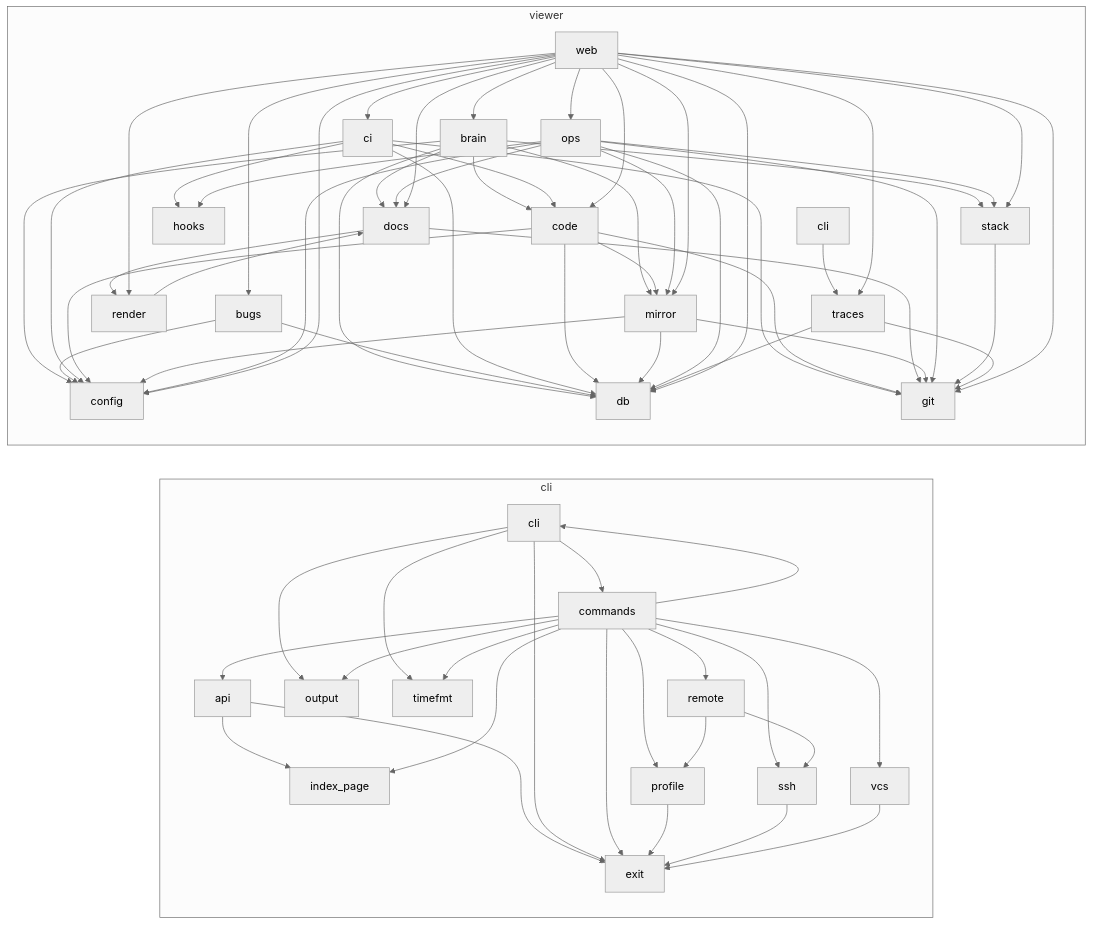
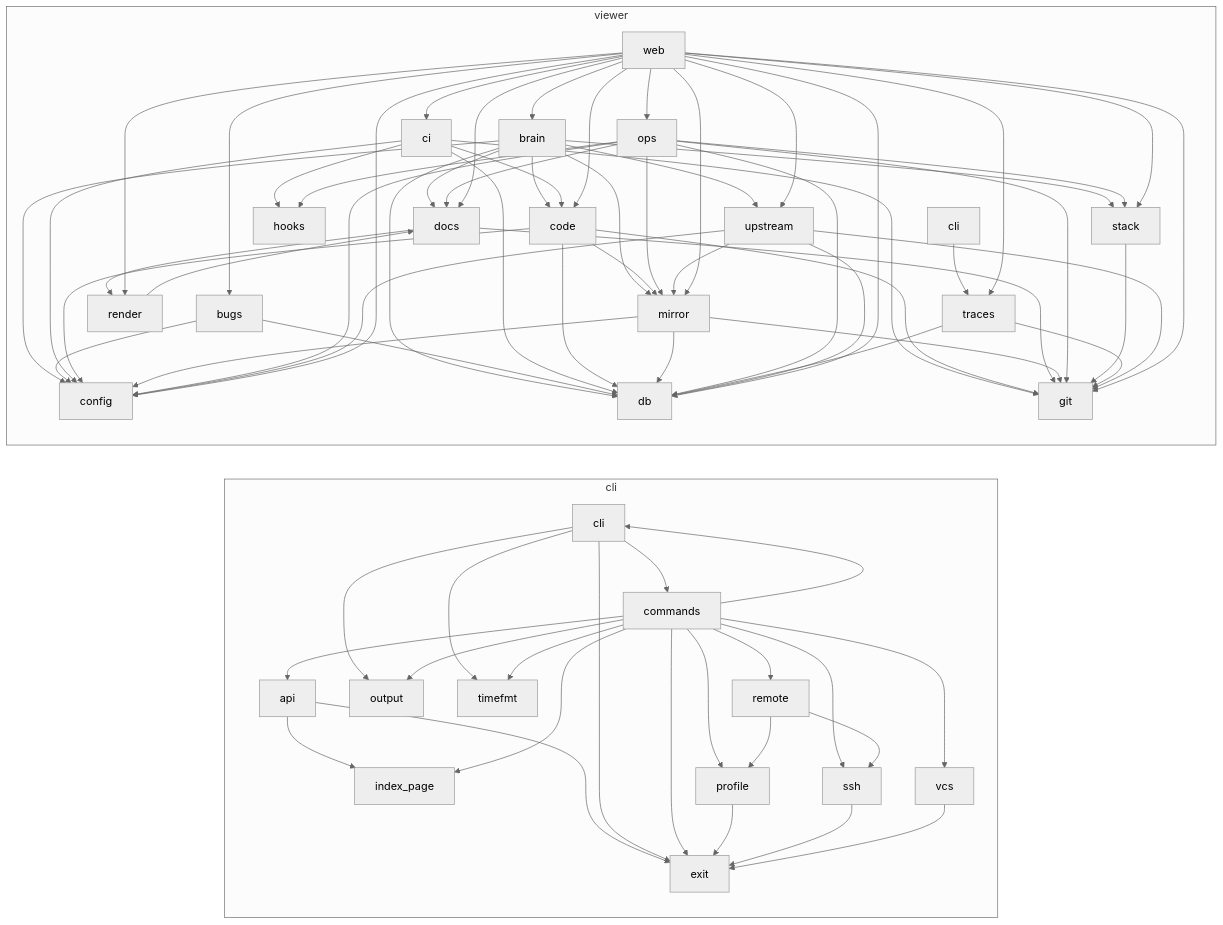
One commit to matthiasdebernardini/nashcode changed the second of 2 diagrams in ARCHITECTURE.md. Above: the diagram before and after it, drawn with Mermaid (neutral theme). The commit also changed 4 other files, not shown here.

First line of the commit message:
upstream: .nashcode/stack.toml, and one mirror per clone URL

````diff
--- a/ARCHITECTURE.md
+++ b/ARCHITECTURE.md
@@ -89,6 +89,7 @@
     viewer_render[render]
     viewer_stack[stack]
     viewer_traces[traces]
+    viewer_upstream[upstream]
     viewer_web[web]
   end
   viewer_brain --> viewer_code
@@ -97,6 +98,7 @@
   viewer_brain --> viewer_docs
   viewer_brain --> viewer_mirror
   viewer_brain --> viewer_stack
+  viewer_brain --> viewer_upstream
   viewer_bugs --> viewer_config
   viewer_bugs --> viewer_db
   viewer_ci --> viewer_code
@@ -125,6 +127,10 @@
   viewer_stack --> viewer_git
   viewer_traces --> viewer_db
   viewer_traces --> viewer_git
+  viewer_upstream --> viewer_config
+  viewer_upstream --> viewer_db
+  viewer_upstream --> viewer_git
+  viewer_upstream --> viewer_mirror
   viewer_web --> viewer_brain
   viewer_web --> viewer_bugs
   viewer_web --> viewer_ci
@@ -138,4 +144,5 @@
   viewer_web --> viewer_render
   viewer_web --> viewer_stack
   viewer_web --> viewer_traces
+  viewer_web --> viewer_upstream
 ```
````
